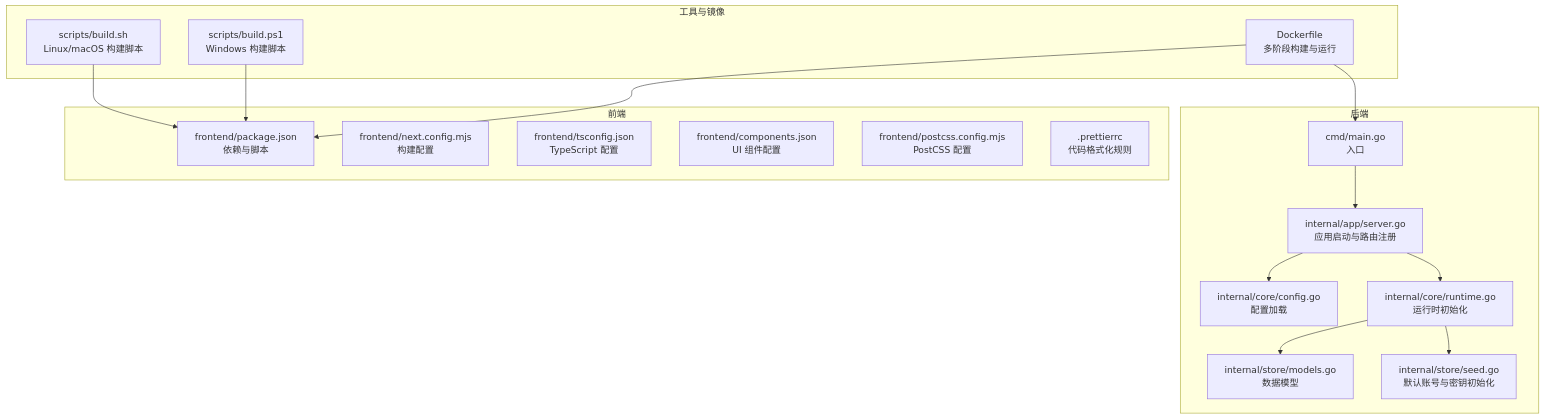
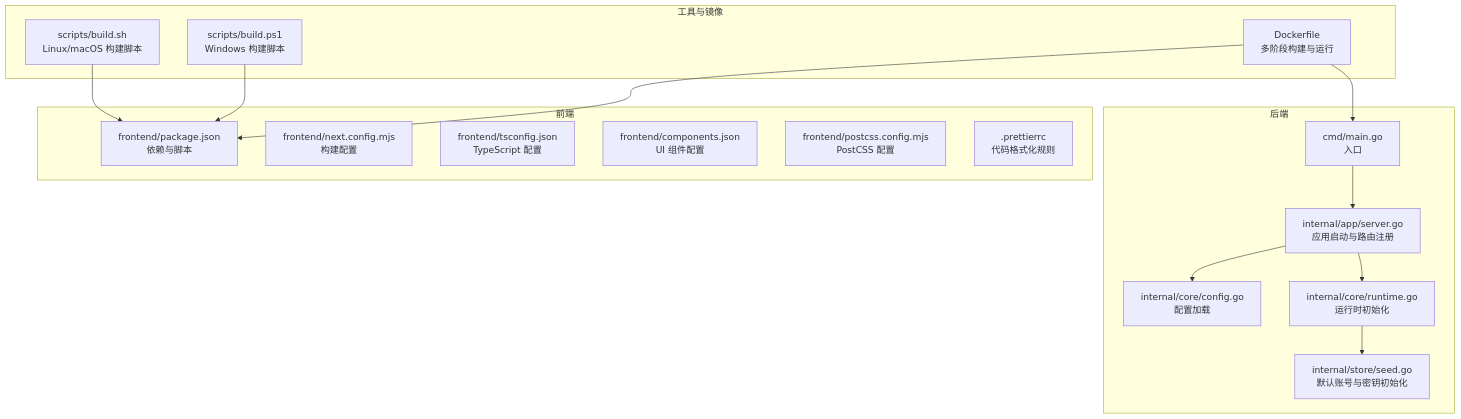
Before and after one commit to x01n/My-OpenWaf: the first of 3 diagrams in docs/项目概述/快速开始.md, drawn with Mermaid. The commit also changed other lines of this file and 199 other files, not shown here.

````diff
--- a/docs/项目概述/快速开始.md
+++ b/docs/项目概述/快速开始.md
@@ -49,33 +48,31 @@
 ```mermaid
 graph TB
 subgraph "后端"
 A["cmd/main.go<br/>入口"]
 B["internal/app/server.go<br/>应用启动与路由注册"]
 C["internal/core/config.go<br/>配置加载"]
 D["internal/core/runtime.go<br/>运行时初始化"]
-E["internal/store/models.go<br/>数据模型"]
-F["internal/store/seed.go<br/>默认账号与密钥初始化"]
+E["internal/store/seed.go<br/>默认账号与密钥初始化"]
 end
 subgraph "前端"
-G["frontend/package.json<br/>依赖与脚本"]
-H["frontend/next.config.mjs<br/>构建配置"]
-I["frontend/tsconfig.json<br/>TypeScript 配置"]
-J["frontend/components.json<br/>UI 组件配置"]
-K["frontend/postcss.config.mjs<br/>PostCSS 配置"]
-L[".prettierrc<br/>代码格式化规则"]
+F["frontend/package.json<br/>依赖与脚本"]
+G["frontend/next.config.mjs<br/>构建配置"]
+H["frontend/tsconfig.json<br/>TypeScript 配置"]
+I["frontend/components.json<br/>UI 组件配置"]
+J["frontend/postcss.config.mjs<br/>PostCSS 配置"]
+K[".prettierrc<br/>代码格式化规则"]
 end
 subgraph "工具与镜像"
-M["scripts/build.sh<br/>Linux/macOS 构建脚本"]
-N["scripts/build.ps1<br/>Windows 构建脚本"]
-O["Dockerfile<br/>多阶段构建与运行"]
+L["scripts/build.sh<br/>Linux/macOS 构建脚本"]
+M["scripts/build.ps1<br/>Windows 构建脚本"]
+N["Dockerfile<br/>多阶段构建与运行"]
 end
 A --> B
 B --> C
 B --> D
 D --> E
-D --> F
-M --> G
-N --> G
-O --> G
-O --> A
+L --> F
+M --> F
+N --> F
+N --> A
 ```
````
